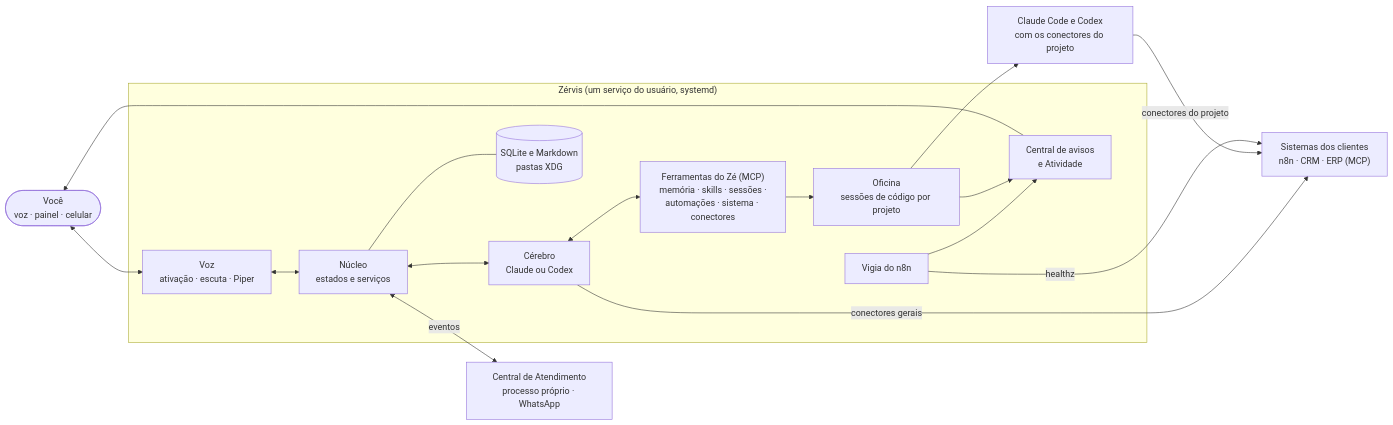
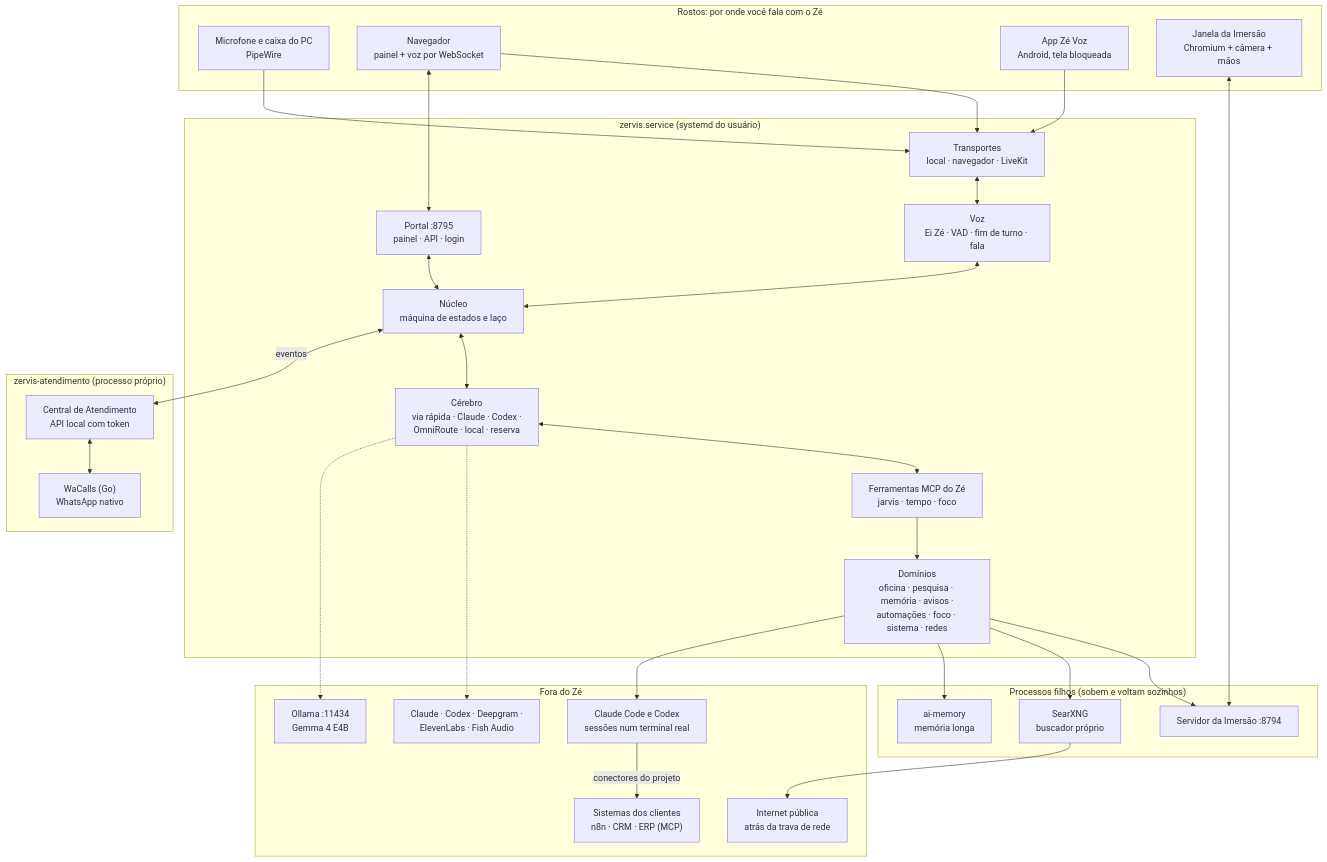
The first of 3 diagrams in data/readmes/gestordescomplicaa-web__zervis.md (zqf20096327/ai_collect), drawn with Mermaid before and after one commit. The commit also changed other lines of this file and 1896 other files, not shown here.

````diff
--- a/data/readmes/gestordescomplicaa-web__zervis.md
+++ b/data/readmes/gestordescomplicaa-web__zervis.md
@@ -94,30 +177,53 @@
 ```mermaid
-flowchart LR
-    voce(["Você<br>voz · painel · celular"])
-
-    subgraph ze["Zérvis (um serviço do usuário, systemd)"]
-        nucleo["Núcleo<br>estados e serviços"]
-        voz["Voz<br>ativação · escuta · Piper"]
-        cerebro["Cérebro<br>Claude ou Codex"]
-        mcpze["Ferramentas do Zé (MCP)<br>memória · skills · sessões ·<br>automações · sistema · conectores"]
-        oficina["Oficina<br>sessões de código por projeto"]
-        avisos["Central de avisos<br>e Atividade"]
-        vigia["Vigia do n8n"]
-        dados[("SQLite e Markdown<br>pastas XDG")]
+flowchart TB
+    subgraph rostos["Rostos: por onde você fala com o Zé"]
+        mic["Microfone e caixa do PC<br>PipeWire"]
+        nav["Navegador<br>painel + voz por WebSocket"]
+        app["App Zé Voz<br>Android, tela bloqueada"]
+        holo["Janela da Imersão<br>Chromium + câmera + mãos"]
     end
 
-    central["Central de Atendimento<br>processo próprio · WhatsApp"]
-    agentes["Claude Code e Codex<br>com os conectores do projeto"]
-    externos["Sistemas dos clientes<br>n8n · CRM · ERP (MCP)"]
+    subgraph servico["zervis.service (systemd do usuário)"]
+        transp["Transportes<br>local · navegador · LiveKit"]
+        voz["Voz<br>Ei Zé · VAD · fim de turno · fala"]
+        nucleo["Núcleo<br>máquina de estados e laço"]
+        cerebro["Cérebro<br>via rápida · Claude · Codex ·<br>OmniRoute · local · reserva"]
+        mcp["Ferramentas MCP do Zé<br>jarvis · tempo · foco"]
+        portal["Portal :8795<br>painel · API · login"]
+        dominios["Domínios<br>oficina · pesquisa · memória · avisos ·<br>automações · foco · sistema · redes"]
+    end
 
-    voce <--> voz <--> nucleo
-    nucleo <--> cerebro <--> mcpze
-    cerebro -- conectores gerais --> externos
-    mcpze --> oficina --> agentes -- conectores do projeto --> externos
-    vigia -- healthz --> externos
-    vigia --> avisos
-    oficina --> avisos
-    avisos --> voce
-    nucleo <-->|eventos| central
-    nucleo --- dados
+    subgraph filhos["Processos filhos (sobem e voltam sozinhos)"]
+        imersivo["Servidor da Imersão :8794"]
+        searx["SearXNG<br>buscador próprio"]
+        aimem["ai-memory<br>memória longa"]
+    end
+
+    subgraph atend["zervis-atendimento (processo próprio)"]
+        central["Central de Atendimento<br>API local com token"]
+        wa["WaCalls (Go)<br>WhatsApp nativo"]
+    end
+
+    subgraph fora["Fora do Zé"]
+        nuvem["Claude · Codex · Deepgram ·<br>ElevenLabs · Fish Audio"]
+        ollama["Ollama :11434<br>Gemma 4 E4B"]
+        agentes["Claude Code e Codex<br>sessões num terminal real"]
+        clientes["Sistemas dos clientes<br>n8n · CRM · ERP (MCP)"]
+        net["Internet pública<br>atrás da trava de rede"]
+    end
+
+    mic --> transp
+    nav --> transp
+    app --> transp
+    transp <--> voz <--> nucleo
+    nav <--> portal <--> nucleo
+    holo <--> imersivo
+    nucleo <--> cerebro <--> mcp --> dominios
+    cerebro -.-> nuvem
+    cerebro -.-> ollama
+    dominios --> imersivo
+    dominios --> searx --> net
+    dominios --> aimem
+    dominios --> agentes -- conectores do projeto --> clientes
+    nucleo <-->|eventos| central <--> wa
 ```
````
